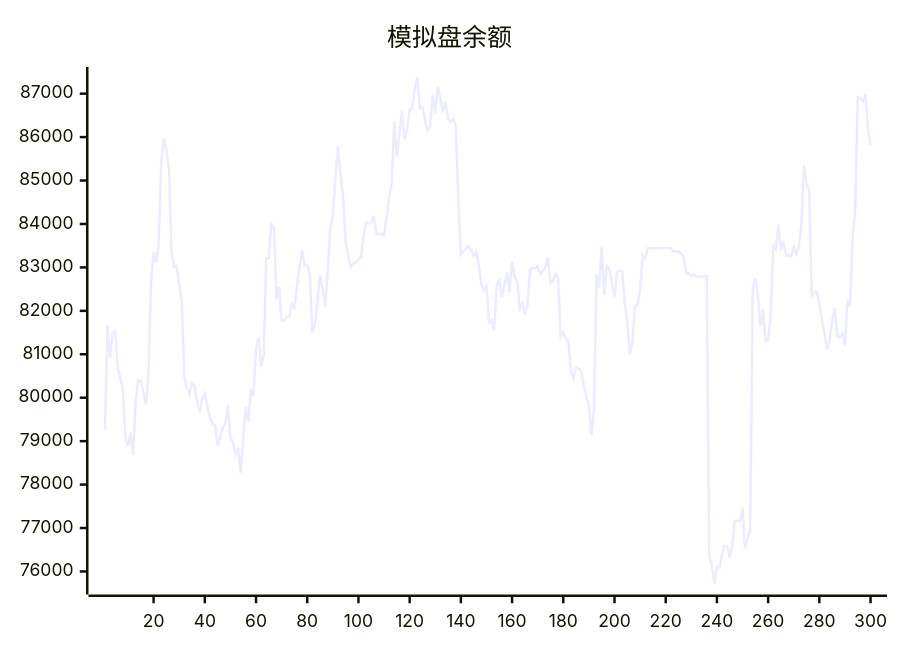
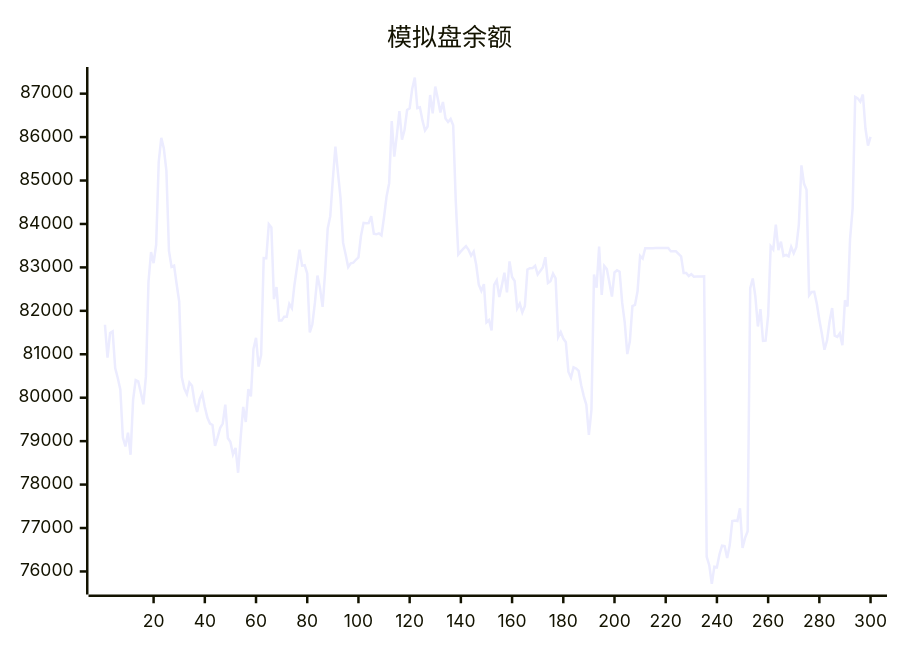
Before and after one commit to aahl/ai-trading: the diagram in README.md, drawn with Mermaid. The commit also changed other lines of this file and 1 other file, not shown here.

````diff
--- a/README.md
+++ b/README.md
@@ -5,5 +5,5 @@
 ```mermaid
 xychart
     title "模拟盘余额"
-    line [79271,81680,80923,81488,81527,80681,80455,80190,79084,78879,79193,78686,79954,80403,80374,80118,79848,80491,82665,83351,83098,83525,85430,85983,85737,85221,83378,83014,83043,82613,82216,80477,80208,80081,80348,80277,79894,79670,79965,80093,79786,79542,79406,79371,78893,79087,79304,79406,79841,79072,78978,78696,78846,78272,79085,79787,79442,80198,80031,81120,81379,80718,80985,83214,83212,83993,83921,82270,82547,81776,81776,81866,81866,82158,82061,82596,83000,83408,83041,83050,82858,81503,81691,82188,82812,82517,82092,82901,83898,84180,85030,85781,85178,84604,83569,83298,83008,83093,83107,83175,83228,83729,84025,84017,84019,84177,83775,83762,83785,83738,84160,84639,84939,86370,85548,86046,86599,85942,86161,86622,86664,87115,87369,86666,86685,86384,86152,86243,86969,86548,87164,86885,86566,86809,86427,86348,86417,86273,84538,83299,83369,83430,83490,83404,83270,83362,83056,82605,82459,82614,81734,81788,81551,82598,82702,82320,82580,82878,82426,83139,82778,82686,82056,82166,81963,82110,82951,82983,82984,83038,82838,82915,82998,83235,82642,82682,82858,82746,81396,81512,81362,81277,80600,80461,80699,80673,80616,80288,80038,79836,79142,79722,82837,82533,83480,82366,83032,82960,82654,82330,82883,82934,82901,82188,81728,81005,81298,82110,82135,82449,83264,83203,83440,83439,83440,83440,83446,83447,83448,83447,83448,83449,83369,83369,83369,83313,83256,82872,82873,82801,82844,82785,82791,82791,82793,82794,76339,76145,75714,76110,76096,76397,76594,76585,76310,76607,77160,77170,77160,77456,76541,76774,76927,82520,82744,82337,81639,82040,81307,81314,81887,83490,83414,83984,83396,83594,83261,83287,83253,83470,83327,83465,83987,85348,84930,84786,82355,82433,82438,82167,81795,81466,81105,81315,81756,82064,81426,81398,81481,81210,82242,82099,83658,84359,86925,86892,86814,86980,86203,85802]
+    line [81680,80923,81488,81527,80681,80455,80190,79084,78879,79193,78686,79954,80403,80374,80118,79848,80491,82665,83351,83098,83525,85430,85983,85737,85221,83378,83014,83043,82613,82216,80477,80208,80081,80348,80277,79894,79670,79965,80093,79786,79542,79406,79371,78893,79087,79304,79406,79841,79072,78978,78696,78846,78272,79085,79787,79442,80198,80031,81120,81379,80718,80985,83214,83212,83993,83921,82270,82547,81776,81776,81866,81866,82158,82061,82596,83000,83408,83041,83050,82858,81503,81691,82188,82812,82517,82092,82901,83898,84180,85030,85781,85178,84604,83569,83298,83008,83093,83107,83175,83228,83729,84025,84017,84019,84177,83775,83762,83785,83738,84160,84639,84939,86370,85548,86046,86599,85942,86161,86622,86664,87115,87369,86666,86685,86384,86152,86243,86969,86548,87164,86885,86566,86809,86427,86348,86417,86273,84538,83299,83369,83430,83490,83404,83270,83362,83056,82605,82459,82614,81734,81788,81551,82598,82702,82320,82580,82878,82426,83139,82778,82686,82056,82166,81963,82110,82951,82983,82984,83038,82838,82915,82998,83235,82642,82682,82858,82746,81396,81512,81362,81277,80600,80461,80699,80673,80616,80288,80038,79836,79142,79722,82837,82533,83480,82366,83032,82960,82654,82330,82883,82934,82901,82188,81728,81005,81298,82110,82135,82449,83264,83203,83440,83439,83440,83440,83446,83447,83448,83447,83448,83449,83369,83369,83369,83313,83256,82872,82873,82801,82844,82785,82791,82791,82793,82794,76339,76145,75714,76110,76096,76397,76594,76585,76310,76607,77160,77170,77160,77456,76541,76774,76927,82520,82744,82337,81639,82040,81307,81314,81887,83490,83414,83984,83396,83594,83261,83287,83253,83470,83327,83465,83987,85348,84930,84786,82355,82433,82438,82167,81795,81466,81105,81315,81756,82064,81426,81398,81481,81210,82242,82099,83658,84359,86925,86892,86814,86980,86203,85802,86003]
 ```
````
